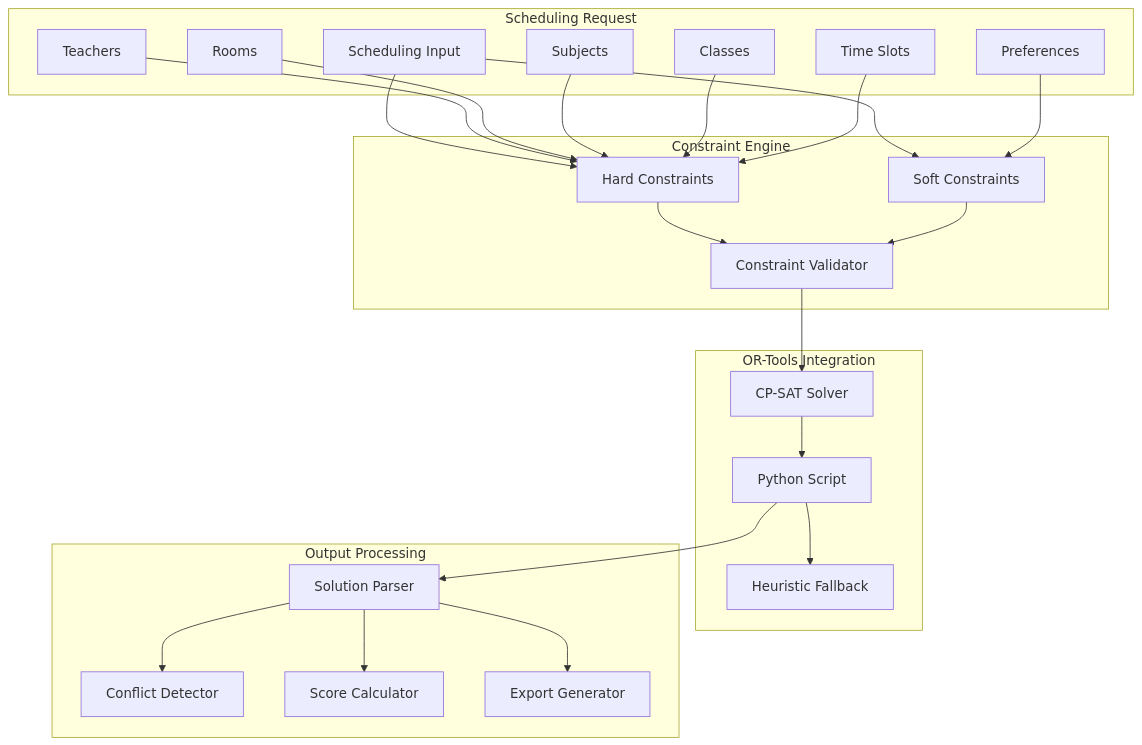
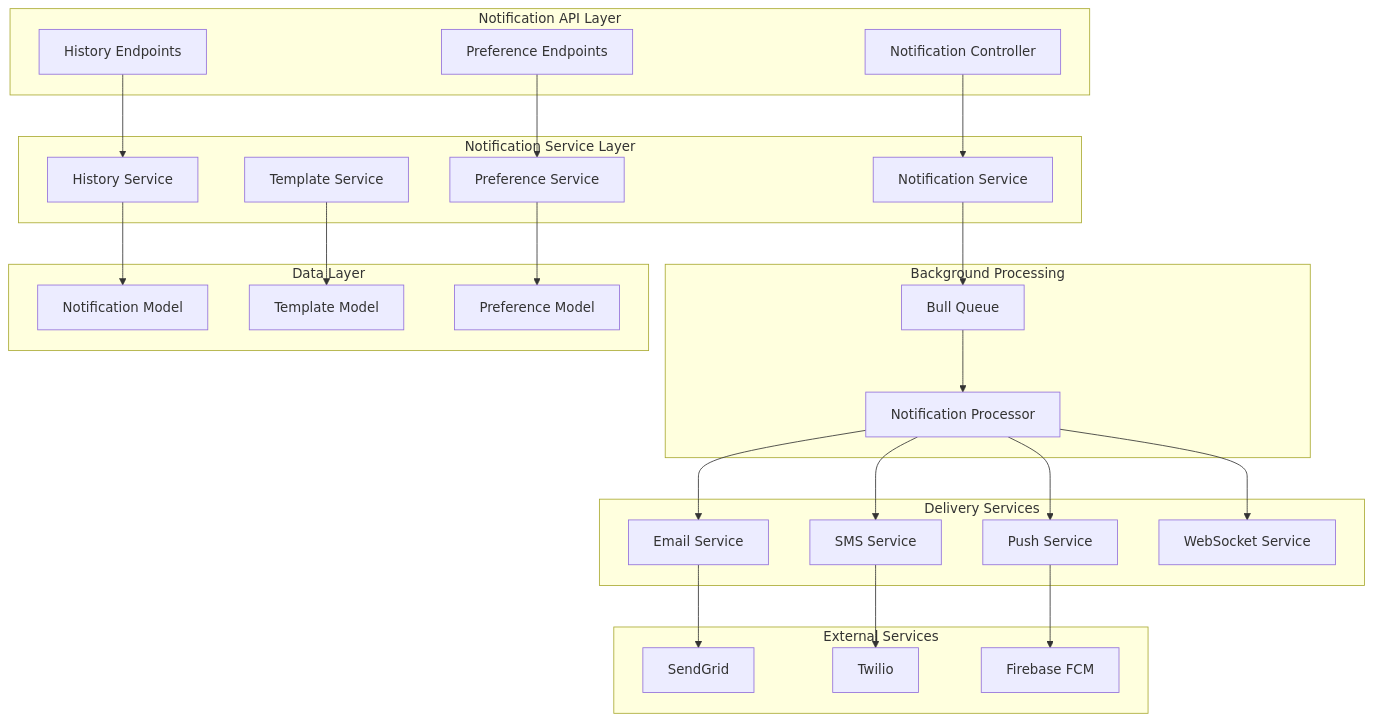
One commit to abdoElHodaky/sasscolmng changed the sixth of 14 diagrams in docs/ARCHITECTURE.md. Above: the diagram before and after it, drawn with Mermaid. The commit also changed other lines of this file and 18 other files, not shown here.

````diff
--- a/docs/ARCHITECTURE.md
+++ b/docs/ARCHITECTURE.md
@@ -340,51 +346,59 @@
 ```mermaid
 graph TB
-    subgraph "Scheduling Request"
-        INPUT[Scheduling Input]
-        TEACHERS[Teachers]
-        ROOMS[Rooms]
-        SUBJECTS[Subjects]
-        CLASSES[Classes]
-        TIMESLOTS[Time Slots]
-        PREFERENCES[Preferences]
+    subgraph "Notification API Layer"
+        NOTIF_CTRL[Notification Controller]
+        HISTORY_CTRL[History Endpoints]
+        PREF_CTRL[Preference Endpoints]
     end
+
+    subgraph "Notification Service Layer"
+        NOTIF_SVC[Notification Service]
+        HISTORY_SVC[History Service]
+        PREF_SVC[Preference Service]
+        TEMPLATE_SVC[Template Service]
+    end
+
+    subgraph "Delivery Services"
+        EMAIL_SVC[Email Service]
+        SMS_SVC[SMS Service]
+        PUSH_SVC[Push Service]
+        WS_SVC[WebSocket Service]
+    end
+
+    subgraph "Background Processing"
+        QUEUE[Bull Queue]
+        PROCESSOR[Notification Processor]
+    end
+
+    subgraph "Data Layer"
+        NOTIF_MODEL[Notification Model]
+        TEMPLATE_MODEL[Template Model]
+        PREF_MODEL[Preference Model]
+    end
+
+    subgraph "External Services"
+        SENDGRID[SendGrid]
+        TWILIO[Twilio]
+        FIREBASE[Firebase FCM]
+    end
+
+    NOTIF_CTRL --> NOTIF_SVC
+    HISTORY_CTRL --> HISTORY_SVC
+    PREF_CTRL --> PREF_SVC
     
-    subgraph "Constraint Engine"
-        HARD_CONSTRAINTS[Hard Constraints]
-        SOFT_CONSTRAINTS[Soft Constraints]
-        VALIDATOR[Constraint Validator]
-    end
+    NOTIF_SVC --> QUEUE
+    QUEUE --> PROCESSOR
     
-    subgraph "OR-Tools Integration"
-        CPSAT[CP-SAT Solver]
-        PYTHON[Python Script]
-        HEURISTIC[Heuristic Fallback]
-    end
+    PROCESSOR --> EMAIL_SVC
+    PROCESSOR --> SMS_SVC
+    PROCESSOR --> PUSH_SVC
+    PROCESSOR --> WS_SVC
     
-    subgraph "Output Processing"
-        SOLUTION[Solution Parser]
-        CONFLICTS[Conflict Detector]
-        OPTIMIZER[Score Calculator]
-        EXPORT[Export Generator]
-    end
+    EMAIL_SVC --> SENDGRID
+    SMS_SVC --> TWILIO
+    PUSH_SVC --> FIREBASE
     
-    INPUT --> HARD_CONSTRAINTS
-    INPUT --> SOFT_CONSTRAINTS
-    TEACHERS --> HARD_CONSTRAINTS
-    ROOMS --> HARD_CONSTRAINTS
-    SUBJECTS --> HARD_CONSTRAINTS
-    CLASSES --> HARD_CONSTRAINTS
-    TIMESLOTS --> HARD_CONSTRAINTS
-    PREFERENCES --> SOFT_CONSTRAINTS
-    
-    HARD_CONSTRAINTS --> VALIDATOR
-    SOFT_CONSTRAINTS --> VALIDATOR
-    VALIDATOR --> CPSAT
-    CPSAT --> PYTHON
-    PYTHON --> HEURISTIC
-    
-    PYTHON --> SOLUTION
-    SOLUTION --> CONFLICTS
-    SOLUTION --> OPTIMIZER
-    SOLUTION --> EXPORT
+    HISTORY_SVC --> NOTIF_MODEL
+    PREF_SVC --> PREF_MODEL
+    TEMPLATE_SVC --> TEMPLATE_MODEL
 ```
````
